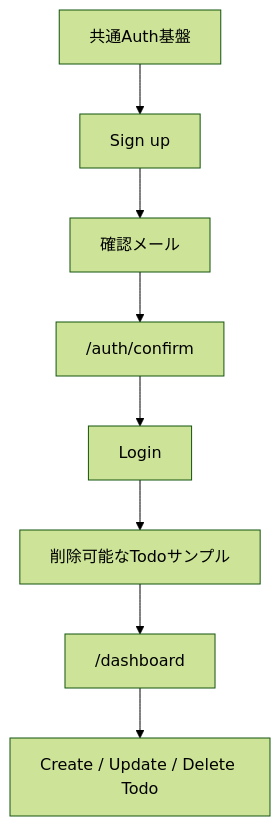
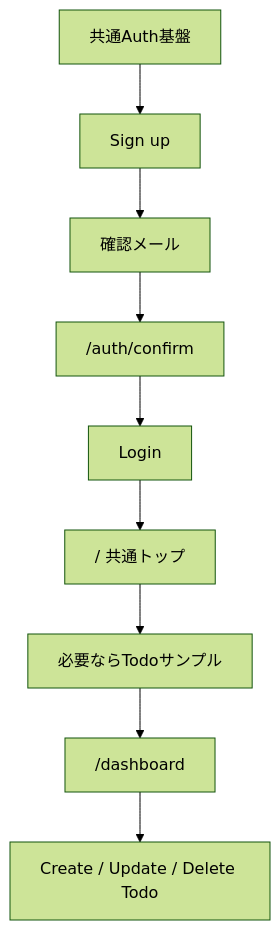
One commit to k-systems202208/nextjs-supabase-vercel-webapp-template changed the first of 4 diagrams in docs/AUTH-CRUD.md. Above: the diagram before and after it, drawn with Mermaid (forest theme). The commit also changed other lines of this file, not shown here.

````diff
--- a/docs/AUTH-CRUD.md
+++ b/docs/AUTH-CRUD.md
@@ -30,10 +30,11 @@
 ```mermaid
 flowchart TD
     C["共通Auth基盤"] --> A["Sign up"]
     A --> B["確認メール"]
     B --> D["/auth/confirm"]
     D --> E["Login"]
-    E --> S["削除可能なTodoサンプル"]
+    E --> H["/ 共通トップ"]
+    H --> S["必要ならTodoサンプル"]
     S --> F["/dashboard"]
     F --> G["Create / Update / Delete Todo"]
 ```
````
